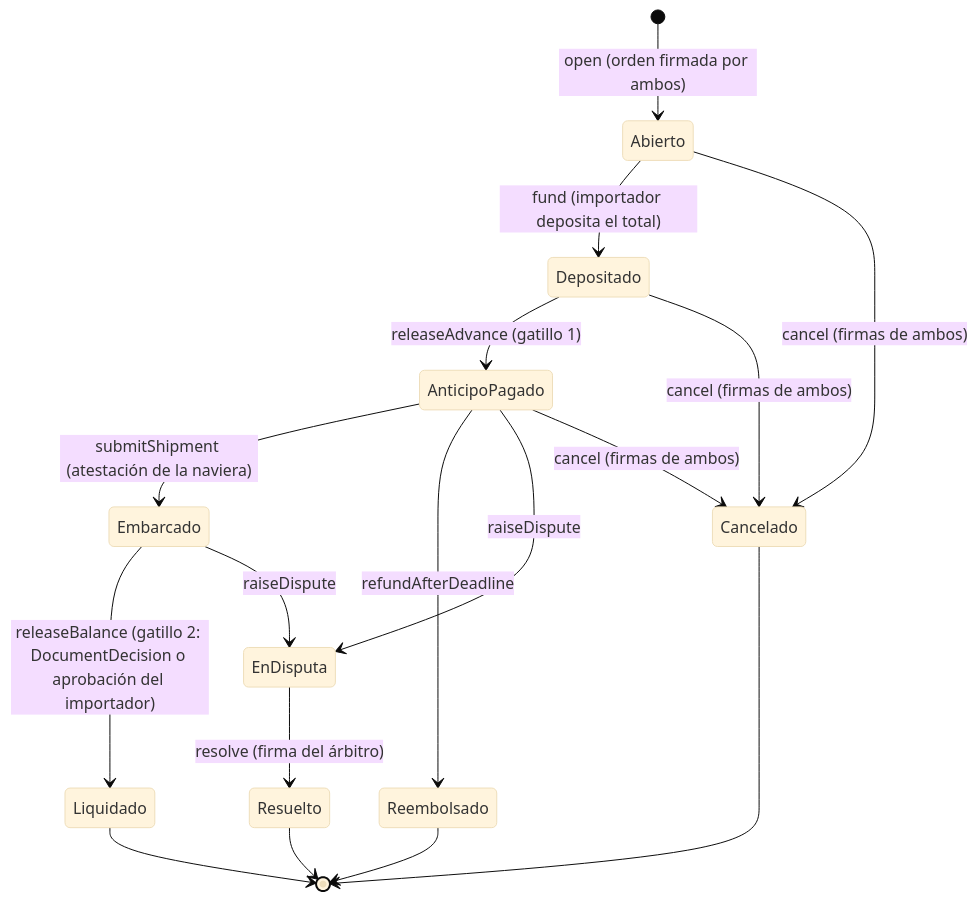
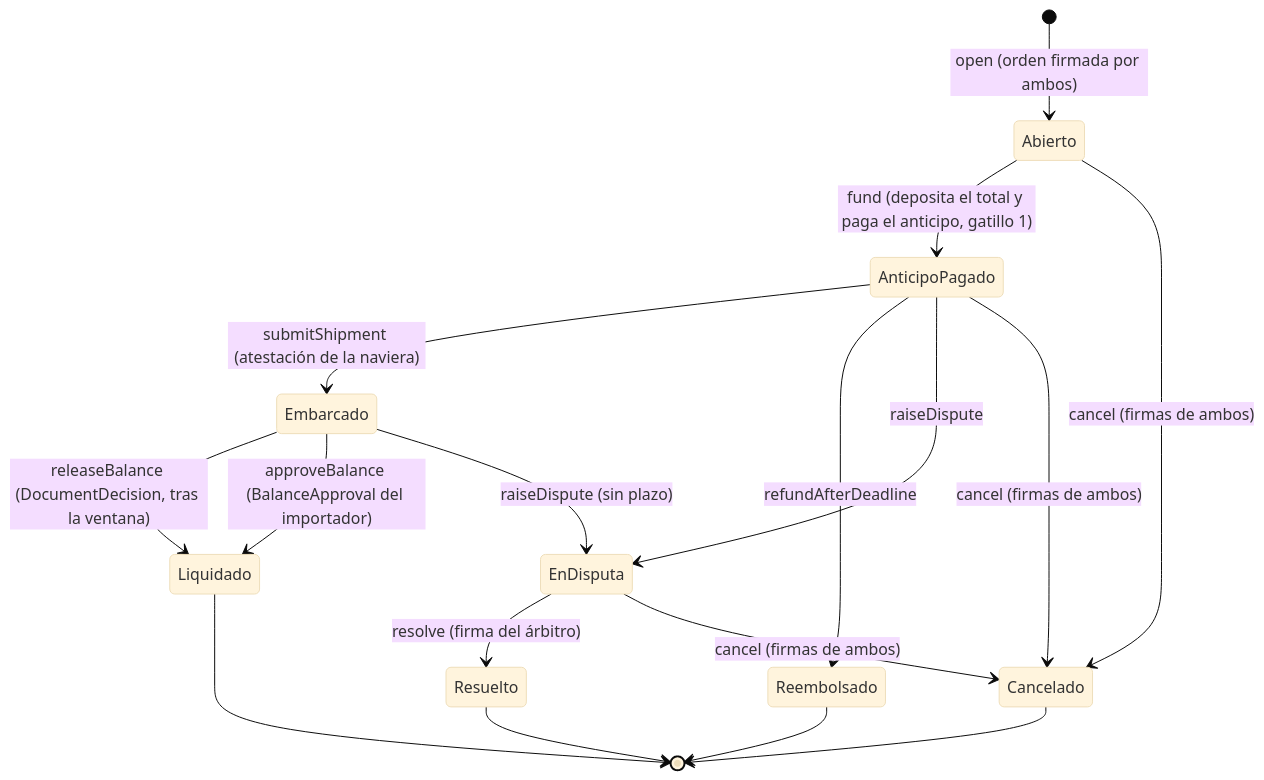
The diagram in docs/flujo/estados-del-escrow.md (FinLinkChile/Keel), drawn with Mermaid (base theme) before and after one commit. The commit also changed other lines of this file and 19 other files, not shown here.

````diff
--- a/docs/flujo/estados-del-escrow.md
+++ b/docs/flujo/estados-del-escrow.md
@@ -10,19 +10,19 @@
 ```mermaid
 stateDiagram-v2
     [*] --> Abierto: open (orden firmada por ambos)
-    Abierto --> Depositado: fund (importador deposita el total)
-    Depositado --> AnticipoPagado: releaseAdvance (gatillo 1)
+    Abierto --> AnticipoPagado: fund (deposita el total y paga el anticipo, gatillo 1)
     AnticipoPagado --> Embarcado: submitShipment (atestación de la naviera)
-    Embarcado --> Liquidado: releaseBalance (gatillo 2: DocumentDecision o aprobación del importador)
-    Embarcado --> EnDisputa: raiseDispute
+    Embarcado --> Liquidado: releaseBalance (DocumentDecision, tras la ventana)
+    Embarcado --> Liquidado: approveBalance (BalanceApproval del importador)
+    Embarcado --> EnDisputa: raiseDispute (sin plazo)
     AnticipoPagado --> Reembolsado: refundAfterDeadline
     AnticipoPagado --> EnDisputa: raiseDispute
     EnDisputa --> Resuelto: resolve (firma del árbitro)
     Abierto --> Cancelado: cancel (firmas de ambos)
-    Depositado --> Cancelado: cancel (firmas de ambos)
     AnticipoPagado --> Cancelado: cancel (firmas de ambos)
+    EnDisputa --> Cancelado: cancel (firmas de ambos)
     Liquidado --> [*]
     Reembolsado --> [*]
     Resuelto --> [*]
     Cancelado --> [*]
 ```
````
